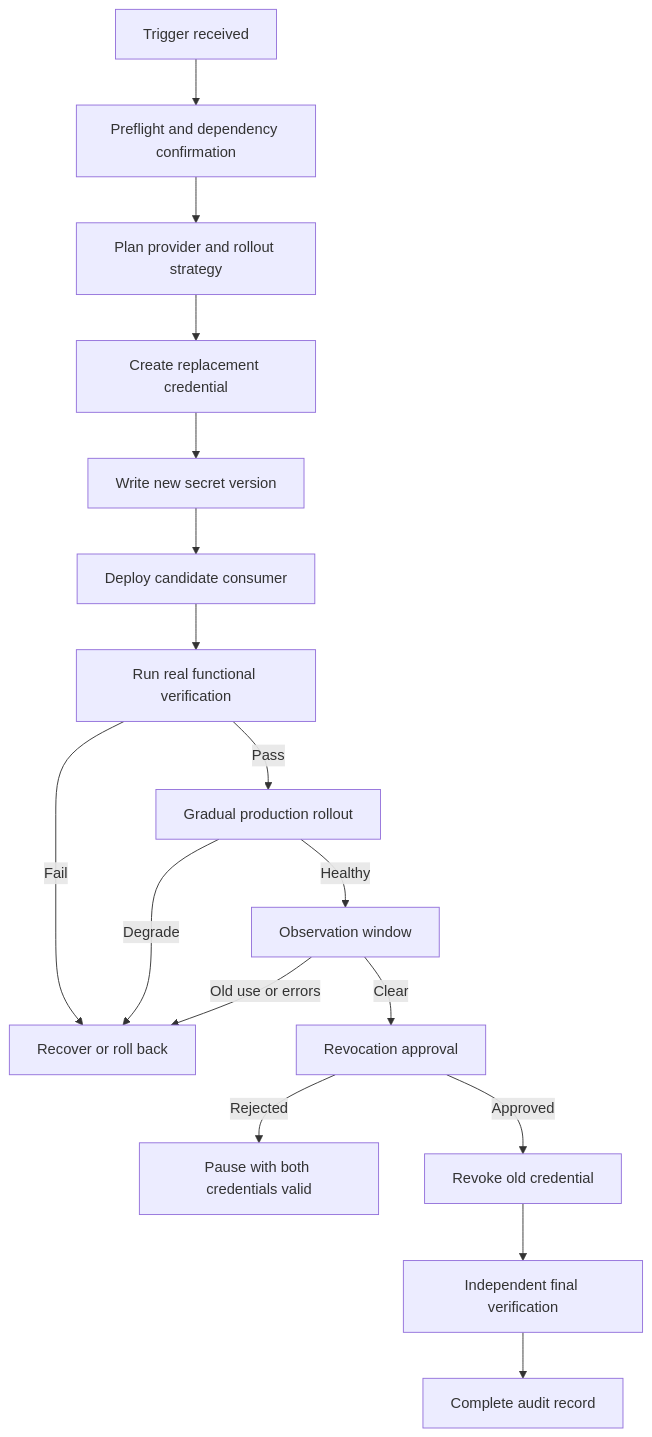
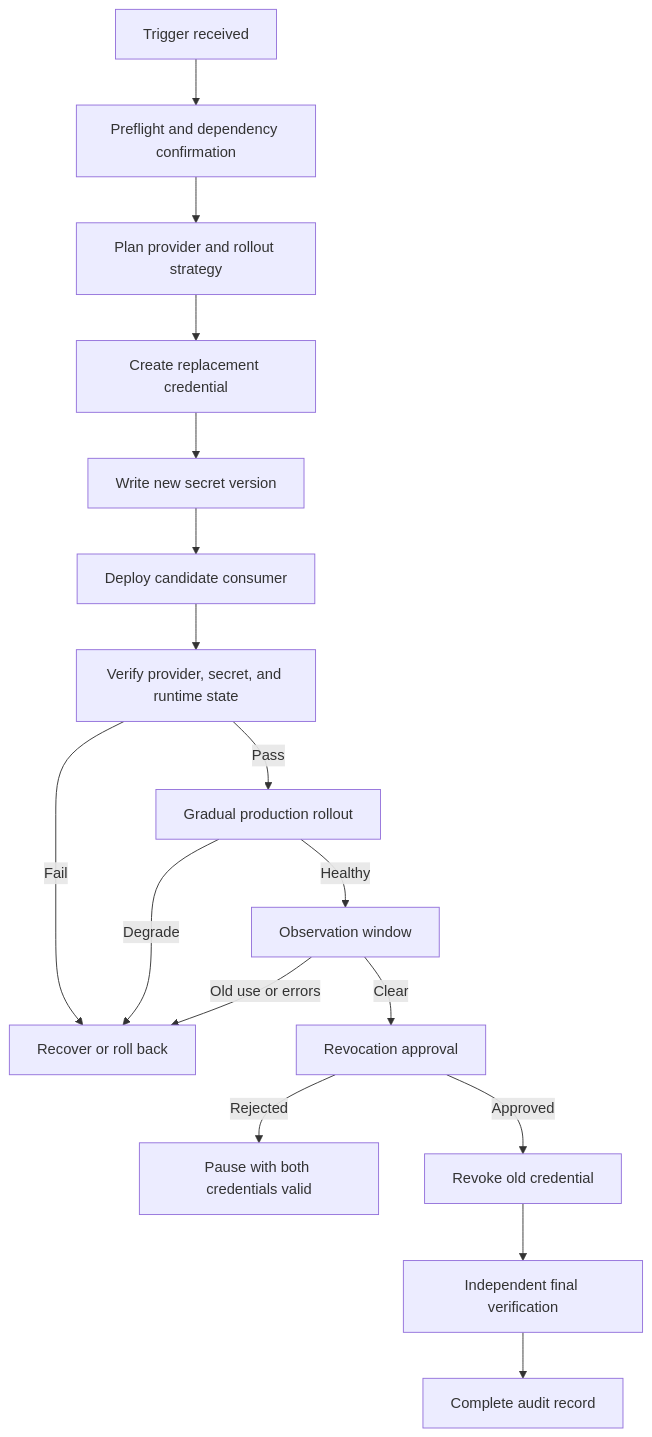
The third of 4 diagrams in firekey.md (chigozzdevv/uumi), drawn with Mermaid before and after one commit. The commit also changed other lines of this file and 1 other file, not shown here.

Commit message:
refactor: align platform architecture

````diff
--- a/firekey.md
+++ b/firekey.md
@@ -993,19 +1016,19 @@
 ```mermaid
 flowchart TD
     A["Trigger received"] --> B["Preflight and dependency confirmation"]
     B --> C["Plan provider and rollout strategy"]
     C --> D["Create replacement credential"]
     D --> E["Write new secret version"]
     E --> F["Deploy candidate consumer"]
-    F --> G["Run real functional verification"]
+    F --> G["Verify provider, secret, and runtime state"]
     G -->|"Fail"| R["Recover or roll back"]
     G -->|"Pass"| H["Gradual production rollout"]
     H -->|"Degrade"| R
     H -->|"Healthy"| I["Observation window"]
     I -->|"Old use or errors"| R
     I -->|"Clear"| J["Revocation approval"]
     J -->|"Rejected"| K["Pause with both credentials valid"]
     J -->|"Approved"| L["Revoke old credential"]
     L --> M["Independent final verification"]
     M --> N["Complete audit record"]
 ```
````
